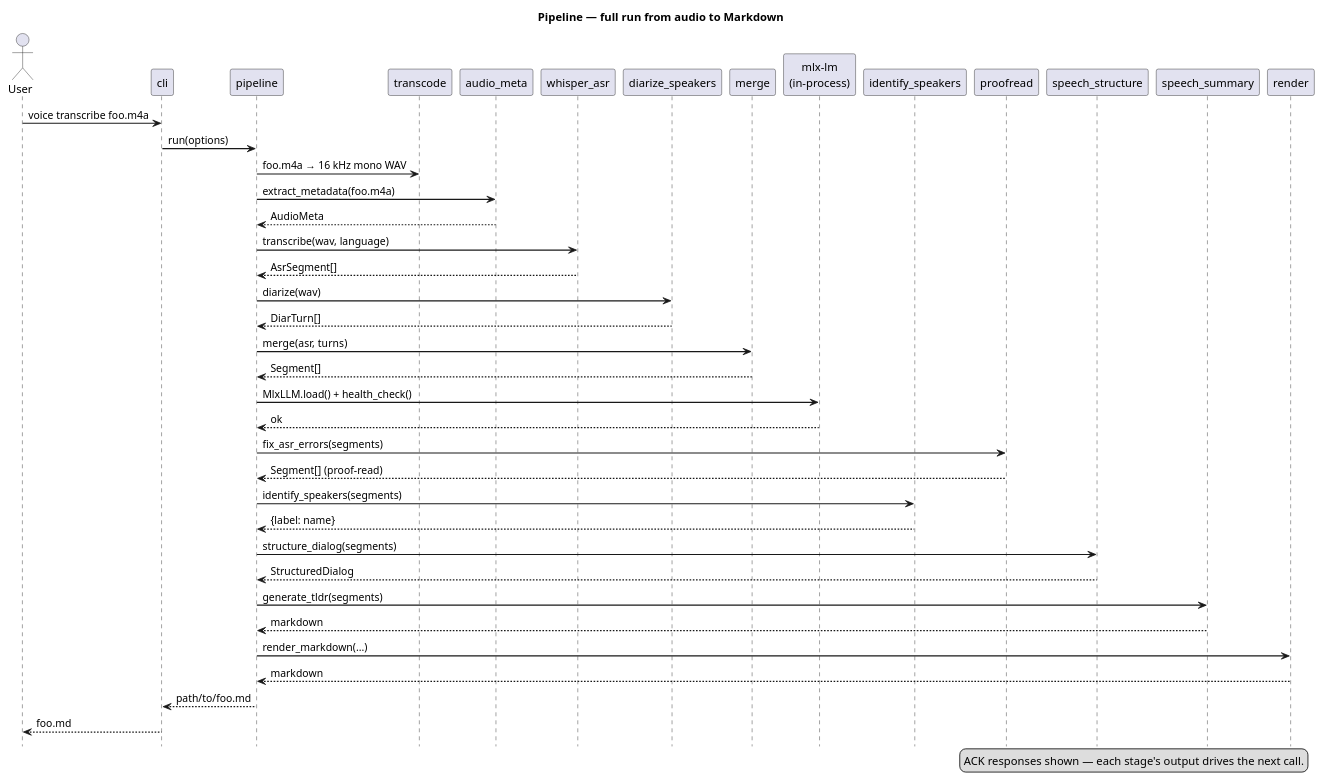
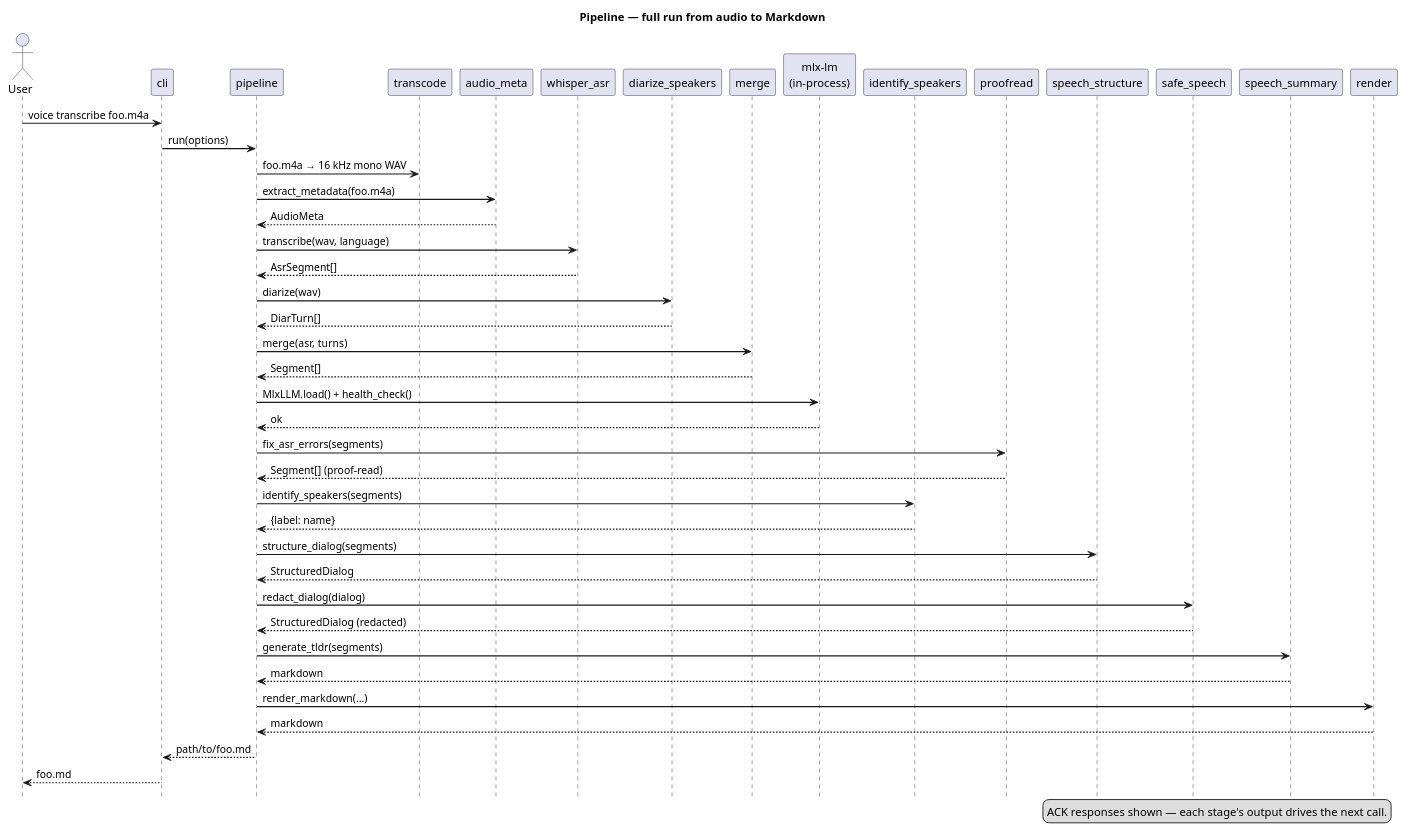
One commit to artem-from-ua/voice-transcriber changed the diagram in docs/pipeline.md. Above: the diagram before and after it, drawn with PlantUML. The commit also changed other lines of this file and 25 other files, not shown here.

First line of the commit message:
Add safe_speech stage for sensitive-content redaction (v0.27.0) (#99)

````diff
--- a/docs/pipeline.md
+++ b/docs/pipeline.md
@@ -7,53 +7,56 @@
 ```plantuml
 @startuml
 title Pipeline — full run from audio to Markdown
 hide footbox
 skinparam sequenceArrowThickness 1.5
 skinparam LifeLineBorderColor #C0C0C0
 
 actor User
 participant cli
 participant pipeline
 participant transcode
 participant audio_meta
 participant whisper_asr
 participant diarize_speakers
 participant merge
 participant llm as "mlx-lm\n(in-process)"
 participant identify_speakers
 participant proofread
 participant speech_structure
+participant safe_speech
 participant speech_summary
 participant render
 
 User -> cli : voice transcribe foo.m4a
 cli -> pipeline : run(options)
 pipeline -> transcode : foo.m4a → 16 kHz mono WAV
 pipeline -> audio_meta : extract_metadata(foo.m4a)
 audio_meta --> pipeline : AudioMeta
 pipeline -> whisper_asr : transcribe(wav, language)
 whisper_asr --> pipeline : AsrSegment[]
 pipeline -> diarize_speakers : diarize(wav)
 diarize_speakers --> pipeline : DiarTurn[]
 pipeline -> merge : merge(asr, turns)
 merge --> pipeline : Segment[]
 pipeline -> llm : MlxLLM.load() + health_check()
 llm --> pipeline : ok
 pipeline -> proofread : fix_asr_errors(segments)
 proofread --> pipeline : Segment[] (proof-read)
 pipeline -> identify_speakers : identify_speakers(segments)
 identify_speakers --> pipeline : {label: name}
 pipeline -> speech_structure : structure_dialog(segments)
 speech_structure --> pipeline : StructuredDialog
+pipeline -> safe_speech : redact_dialog(dialog)
+safe_speech --> pipeline : StructuredDialog (redacted)
 pipeline -> speech_summary : generate_tldr(segments)
 speech_summary --> pipeline : markdown
 pipeline -> render : render_markdown(...)
 render --> pipeline : markdown
 pipeline --> cli : path/to/foo.md
 cli --> User : foo.md
 
 legend right
   ACK responses shown — each stage's output drives the next call.
 end legend
 @enduml
 ```
````
